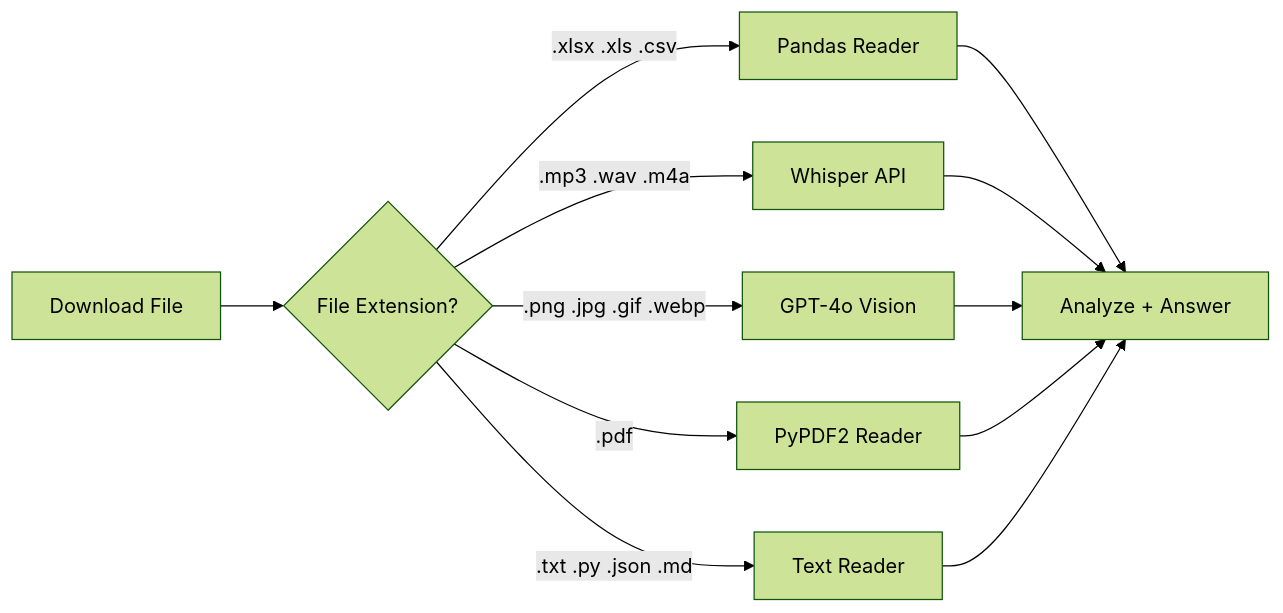
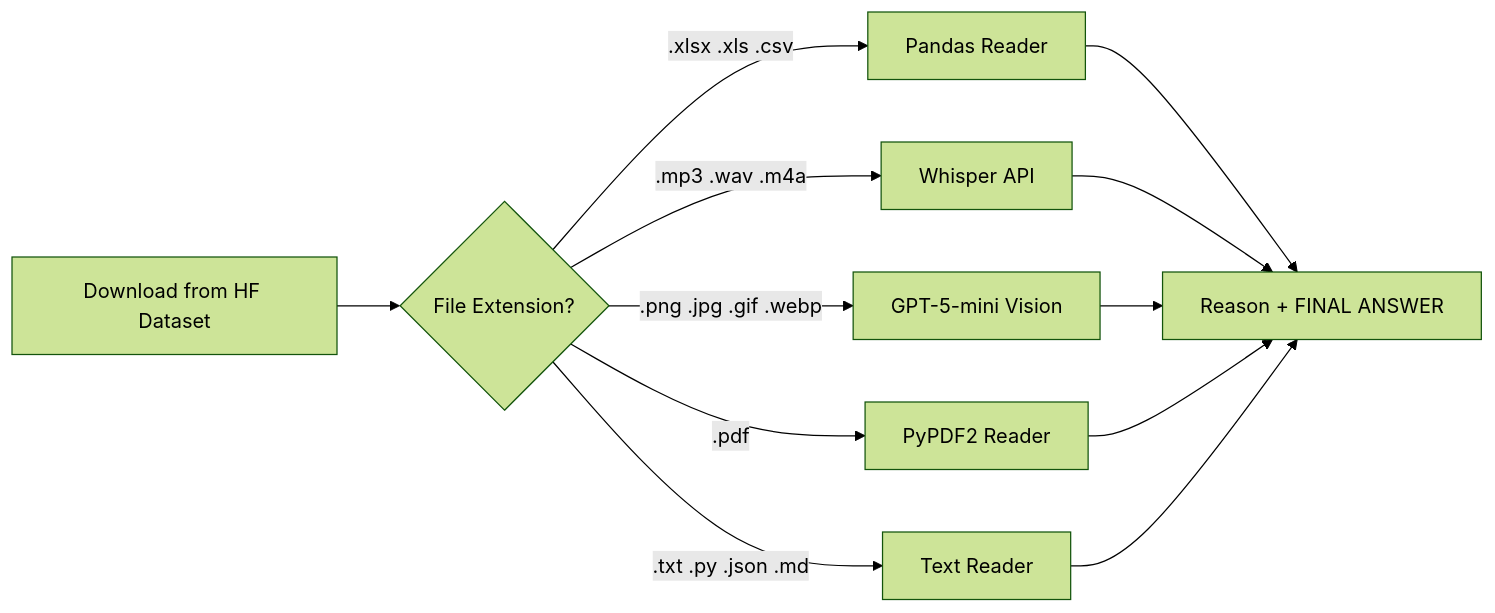
The seventh of 8 diagrams in ARCHITECTURE.md (jash0803/gaia-agent), drawn with Mermaid (forest theme) before and after one commit. The commit also changed other lines of this file, not shown here.

Commit message:
docs: update architecture

````diff
--- a/ARCHITECTURE.md
+++ b/ARCHITECTURE.md
@@ -126,14 +144,14 @@
 ```mermaid
 flowchart LR
-    Download[Download File] --> Detect{File Extension?}
+    Download["Download from HF Dataset"] --> Detect{File Extension?}
     Detect -->|.xlsx .xls .csv| Pandas[Pandas Reader]
     Detect -->|.mp3 .wav .m4a| Whisper[Whisper API]
-    Detect -->|.png .jpg .gif .webp| GPT4V[GPT-4o Vision]
+    Detect -->|.png .jpg .gif .webp| GPT5V["GPT-5-mini Vision"]
     Detect -->|.pdf| PyPDF2[PyPDF2 Reader]
     Detect -->|.txt .py .json .md| TextReader[Text Reader]
-    Pandas --> Analyze[Analyze + Answer]
+    Pandas --> Analyze["Reason + FINAL ANSWER"]
     Whisper --> Analyze
-    GPT4V --> Analyze
+    GPT5V --> Analyze
     PyPDF2 --> Analyze
     TextReader --> Analyze
 ```
````
